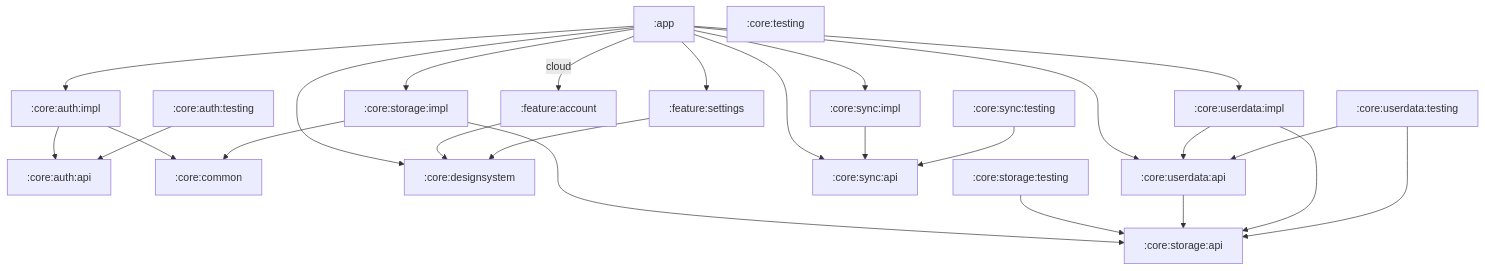
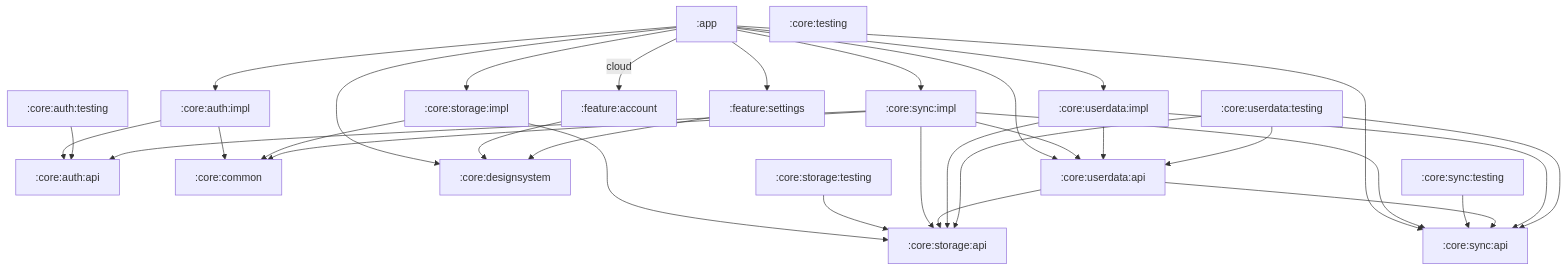
One commit to toomanyeduardos/rolabox changed the diagram in README.md. Above: the diagram before and after it, drawn with Mermaid. The commit also changed other lines of this file and 62 other files, not shown here.

````diff
--- a/README.md
+++ b/README.md
@@ -169,45 +170,52 @@
 ```mermaid
 graph TD
     app[":app"]
     core_auth_api[":core:auth:api"]
     core_auth_impl[":core:auth:impl"]
     core_auth_testing[":core:auth:testing"]
     core_common[":core:common"]
     core_designsystem[":core:designsystem"]
     core_storage_api[":core:storage:api"]
     core_storage_impl[":core:storage:impl"]
     core_storage_testing[":core:storage:testing"]
     core_sync_api[":core:sync:api"]
     core_sync_impl[":core:sync:impl"]
     core_sync_testing[":core:sync:testing"]
     core_testing[":core:testing"]
     core_userdata_api[":core:userdata:api"]
     core_userdata_impl[":core:userdata:impl"]
     core_userdata_testing[":core:userdata:testing"]
     feature_account[":feature:account"]
     feature_settings[":feature:settings"]
     app --> core_auth_impl
     app --> core_designsystem
     app --> core_storage_impl
     app --> core_sync_api
     app --> core_sync_impl
     app --> core_userdata_api
     app --> core_userdata_impl
     app -->|cloud| feature_account
     app --> feature_settings
     core_auth_impl --> core_auth_api
     core_auth_impl --> core_common
     core_auth_testing --> core_auth_api
     core_storage_impl --> core_common
     core_storage_impl --> core_storage_api
     core_storage_testing --> core_storage_api
+    core_sync_impl --> core_auth_api
+    core_sync_impl --> core_common
+    core_sync_impl --> core_storage_api
     core_sync_impl --> core_sync_api
+    core_sync_impl --> core_userdata_api
     core_sync_testing --> core_sync_api
     core_userdata_api --> core_storage_api
+    core_userdata_api --> core_sync_api
     core_userdata_impl --> core_storage_api
+    core_userdata_impl --> core_sync_api
     core_userdata_impl --> core_userdata_api
     core_userdata_testing --> core_storage_api
+    core_userdata_testing --> core_sync_api
     core_userdata_testing --> core_userdata_api
     feature_account --> core_designsystem
     feature_settings --> core_designsystem
 ```
````
